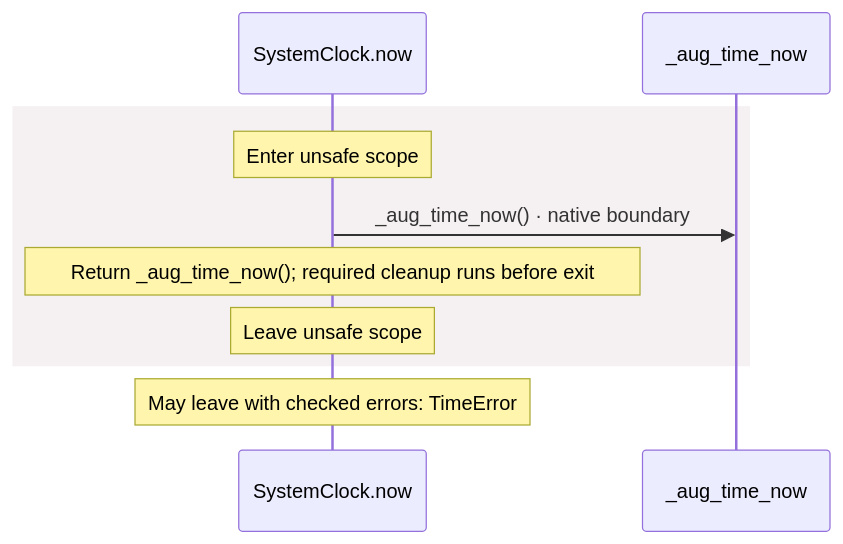
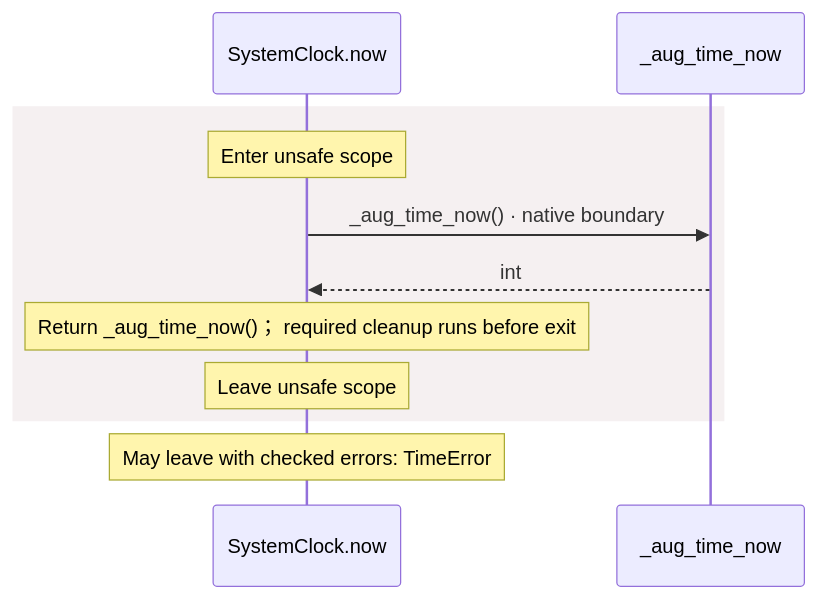
The third of 3 diagrams in docs/examples/oidc-login/dependencies/packages/@git/url_c092cd151499c4e1d8a1/0.0.0-git.a39fc582565d4fca40be4f75fa304d71adc69301/contracts-diagrams.md (GreenPandaStudios/augscript), drawn with Mermaid before and after one commit. The commit also changed other lines of this file and 524 other files, not shown here.

Commit message:
Explain checked data flow at folder and service levels

````diff
--- a/docs/examples/oidc-login/dependencies/packages/@git/url_c092cd151499c4e1d8a1/0.0.0-git.a39fc582565d4fca40be4f75fa304d71adc69301/contracts-diagrams.md
+++ b/docs/examples/oidc-login/dependencies/packages/@git/url_c092cd151499c4e1d8a1/0.0.0-git.a39fc582565d4fca40be4f75fa304d71adc69301/contracts-diagrams.md
@@ -89,12 +73,13 @@
 ```mermaid
 sequenceDiagram
     participant p0 as SystemClock.now
     participant p1 as _aug_time_now
     rect rgb(245, 240, 241)
     Note over p0: Enter unsafe scope
     p0->>p1: _aug_time_now() · native boundary
-    Note over p0: Return _aug_time_now()#59; required cleanup runs before exit
+    p1-->>p0: int
+    Note over p0: Return _aug_time_now()； required cleanup runs before exit
     Note over p0: Leave unsafe scope
     end
     Note over p0: May leave with checked errors: TimeError
 ```
````
